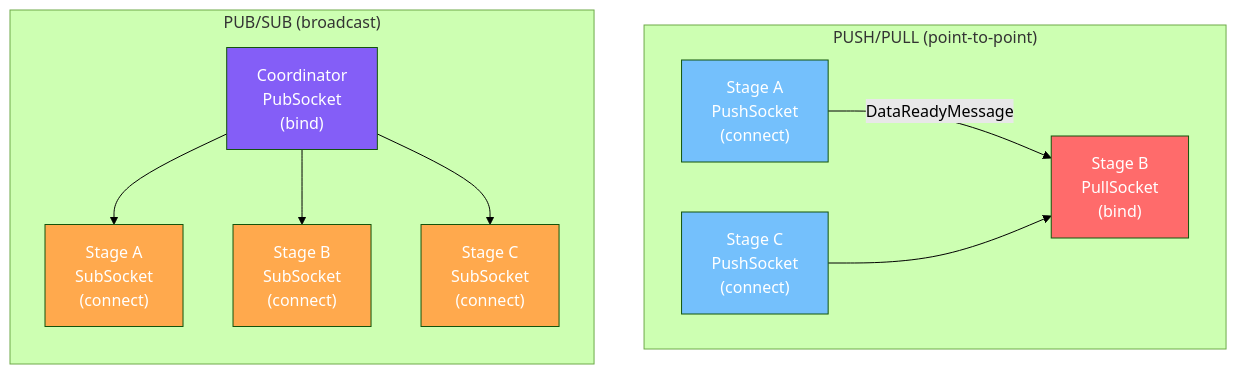
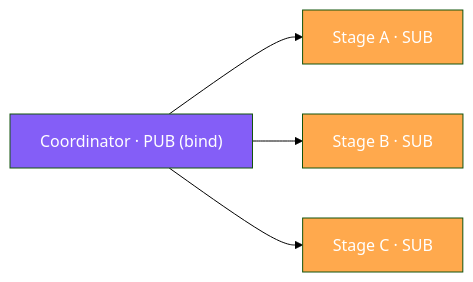
Diagram 16 of 33 in sglang/sglang-omni/README.md (zhaochenyang20/Awesome-ML-SYS-Tutorial), drawn with Mermaid (forest theme) before and after one commit. The commit also changed other lines of this file, not shown here.

First line of the commit message:
style: flatten all diagrams to avoid subgraph overlap issues

````diff
--- a/sglang/sglang-omni/README.md
+++ b/sglang/sglang-omni/README.md
@@ -626,24 +579,9 @@
 ```mermaid
-graph TB
-    subgraph PUSHPULL["PUSH/PULL (point-to-point)"]
-        direction LR
-        PA["Stage A<br/>PushSocket<br/>(connect)"] --> |"DataReadyMessage"| PB["Stage B<br/>PullSocket<br/>(bind)"]
-        PC["Stage C<br/>PushSocket<br/>(connect)"] --> PB
-    end
+graph LR
+    PUB["Coordinator · PUB (bind)"] --> SUB1["Stage A · SUB"] & SUB2["Stage B · SUB"] & SUB3["Stage C · SUB"]
 
-    subgraph PUBSUB["PUB/SUB (broadcast)"]
-        direction TB
-        PUB["Coordinator<br/>PubSocket<br/>(bind)"]
-        PUB --> SUB1["Stage A<br/>SubSocket<br/>(connect)"]
-        PUB --> SUB2["Stage B<br/>SubSocket<br/>(connect)"]
-        PUB --> SUB3["Stage C<br/>SubSocket<br/>(connect)"]
-    end
-
-    style PA fill:#74c0fc,color:#fff
-    style PC fill:#74c0fc,color:#fff
-    style PB fill:#ff6b6b,color:#fff
     style PUB fill:#845ef7,color:#fff
     style SUB1 fill:#ffa94d,color:#fff
     style SUB2 fill:#ffa94d,color:#fff
     style SUB3 fill:#ffa94d,color:#fff
 ```
````
